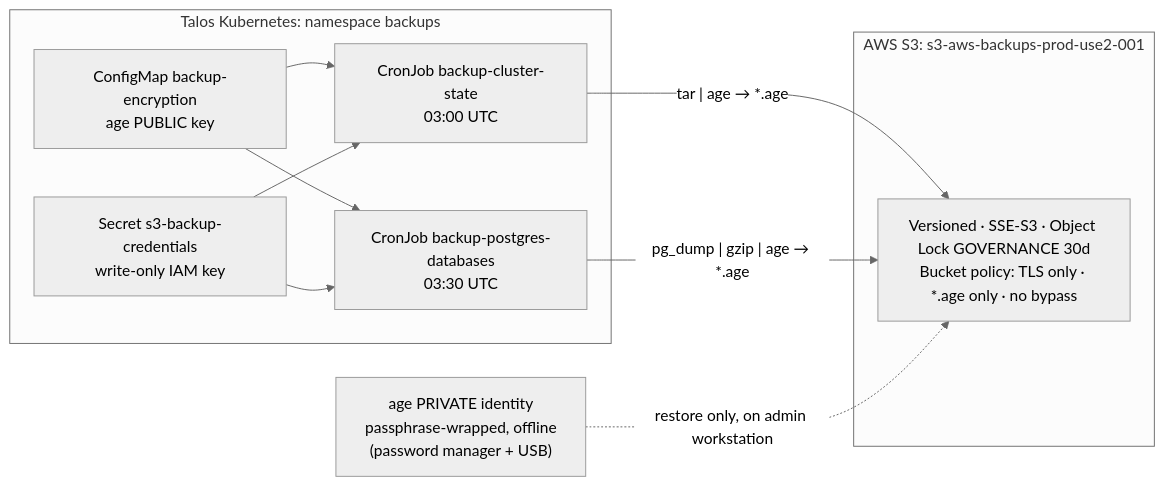
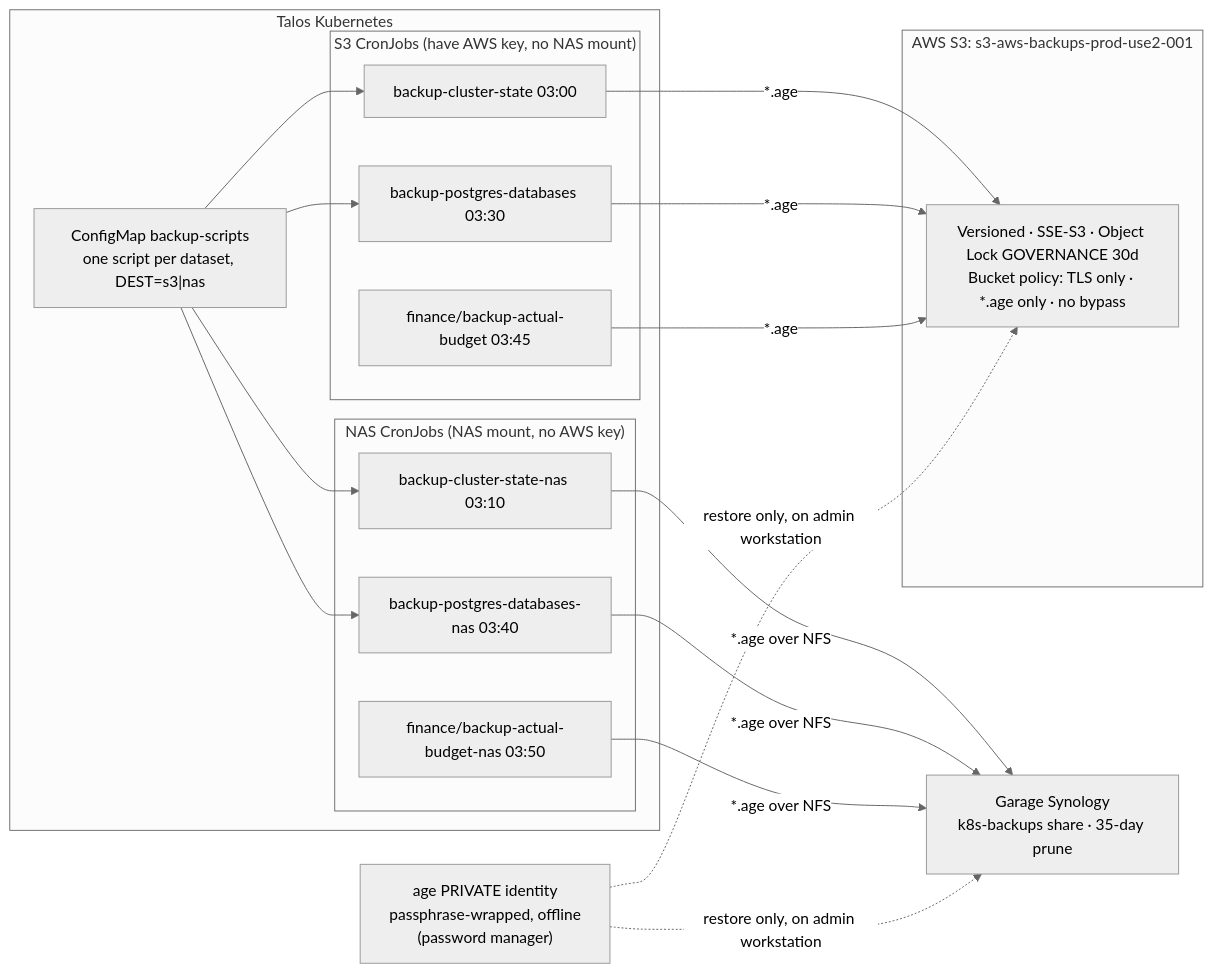
The diagram in kubernetes/infrastructure/backups/README.md (bar2sek/personal-technology), drawn with Mermaid (neutral theme) before and after one commit. The commit also changed other lines of this file and 7 other files, not shown here.

First line of the commit message:
feat(backups): independent S3 and NAS backup jobs, Actual NAS mirror

````diff
--- a/kubernetes/infrastructure/backups/README.md
+++ b/kubernetes/infrastructure/backups/README.md
@@ -32,17 +32,24 @@
 ```mermaid
 graph LR
-    subgraph Cluster["Talos Kubernetes: namespace backups"]
-        CM["ConfigMap backup-encryption<br/>age PUBLIC key"]
-        CS["CronJob backup-cluster-state<br/>03:00 UTC"]
-        PG["CronJob backup-postgres-databases<br/>03:30 UTC"]
-        SEC["Secret s3-backup-credentials<br/>write-only IAM key"]
+    subgraph Cluster["Talos Kubernetes"]
+        SCR["ConfigMap backup-scripts<br/>one script per dataset, DEST=s3|nas"]
+        subgraph Offsite["S3 CronJobs (have AWS key, no NAS mount)"]
+            CS["backup-cluster-state 03:00"]
+            PG["backup-postgres-databases 03:30"]
+            AB["finance/backup-actual-budget 03:45"]
+        end
+        subgraph Local["NAS CronJobs (NAS mount, no AWS key)"]
+            CSN["backup-cluster-state-nas 03:10"]
+            PGN["backup-postgres-databases-nas 03:40"]
+            ABN["finance/backup-actual-budget-nas 03:50"]
+        end
     end
-    CM --> CS & PG
-    SEC --> CS & PG
-    CS -->|"tar | age → *.age"| S3
-    PG -->|"pg_dump | gzip | age → *.age"| S3
+    SCR --> CS & PG & CSN & PGN
+    CS & PG & AB -->|"*.age"| S3
+    CSN & PGN & ABN -->|"*.age over NFS"| NAS
     subgraph AWS["AWS S3: s3-aws-backups-prod-use2-001"]
         S3["Versioned · SSE-S3 · Object Lock GOVERNANCE 30d<br/>Bucket policy: TLS only · *.age only · no bypass"]
     end
-    KEY["age PRIVATE identity<br/>passphrase-wrapped, offline<br/>(password manager + USB)"] -.->|"restore only, on admin workstation"| S3
+    NAS["Garage Synology<br/>k8s-backups share · 35-day prune"]
+    KEY["age PRIVATE identity<br/>passphrase-wrapped, offline<br/>(password manager)"] -.->|"restore only, on admin workstation"| S3 & NAS
 ```
````
